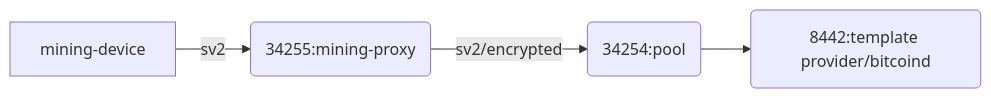
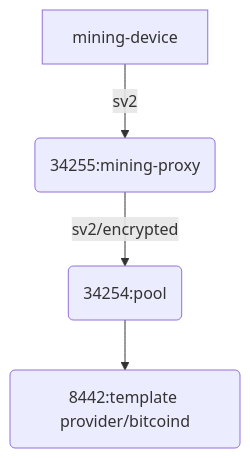
Before and after one commit to rustynirvana/stratum: the diagram in README.md, drawn with Mermaid. The commit also changed other lines of this file, not shown here.

Commit message:
Add demo to README.md

````diff
--- a/README.md
+++ b/README.md
@@ -520,6 +520,6 @@
 ```mermaid
-graph LR;
+graph TD;
     A[mining-device] --sv2--> B(34255:mining-proxy);
     B --sv2/encrypted--> C(34254:pool);
     C --> D(8442:template provider/bitcoind);
 ```
````
